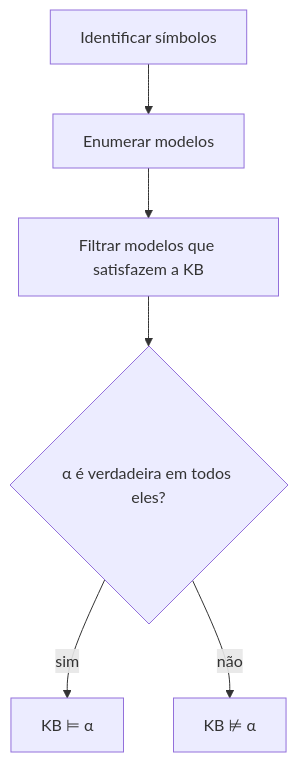
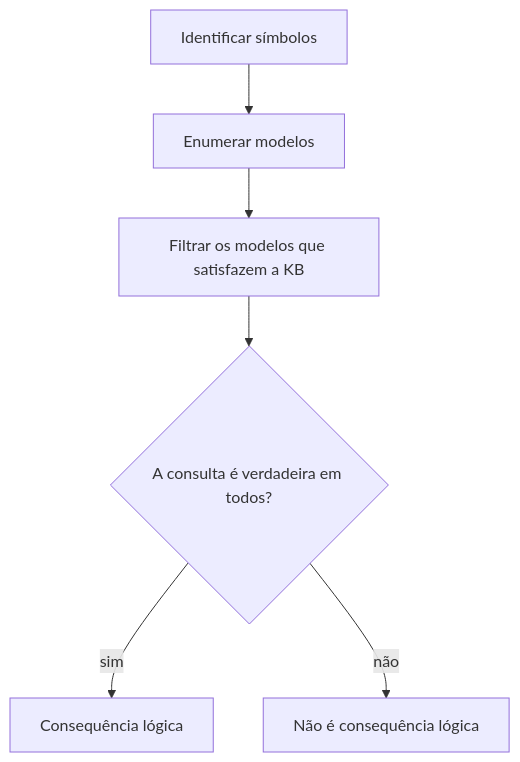
One commit to tiagofga/EC-IA changed the seventh of 10 diagrams in notas/05-logica/README.md. Above: the diagram before and after it, drawn with Mermaid. The commit also changed other lines of this file, not shown here.

````diff
--- a/notas/05-logica/README.md
+++ b/notas/05-logica/README.md
@@ -214,8 +221,8 @@
 ```mermaid
 flowchart TD
-    I[Identificar símbolos] --> E[Enumerar modelos]
-    E --> K[Filtrar modelos que satisfazem a KB]
-    K --> T{α é verdadeira em todos eles?}
-    T -->|sim| C[KB ⊨ α]
-    T -->|não| N[KB ⊭ α]
+    S["Identificar símbolos"] --> E["Enumerar modelos"]
+    E --> F["Filtrar os modelos que satisfazem a KB"]
+    F --> T{"A consulta é verdadeira em todos?"}
+    T -->|sim| Y["Consequência lógica"]
+    T -->|não| N["Não é consequência lógica"]
 ```
````
